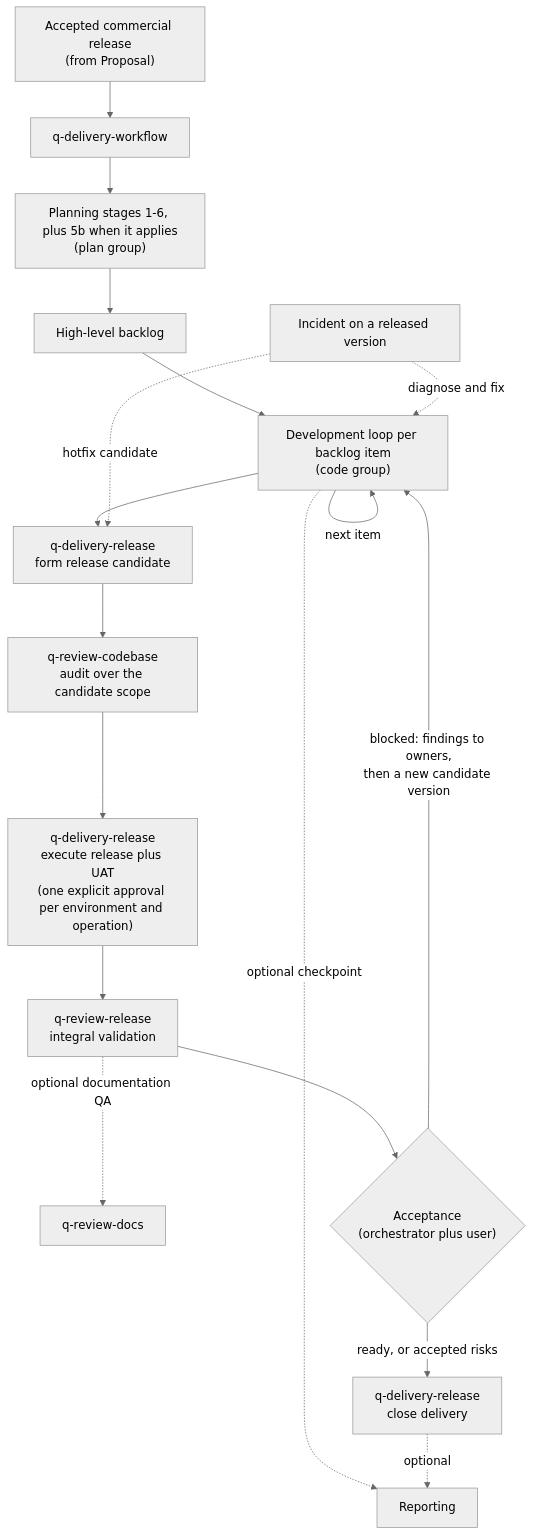
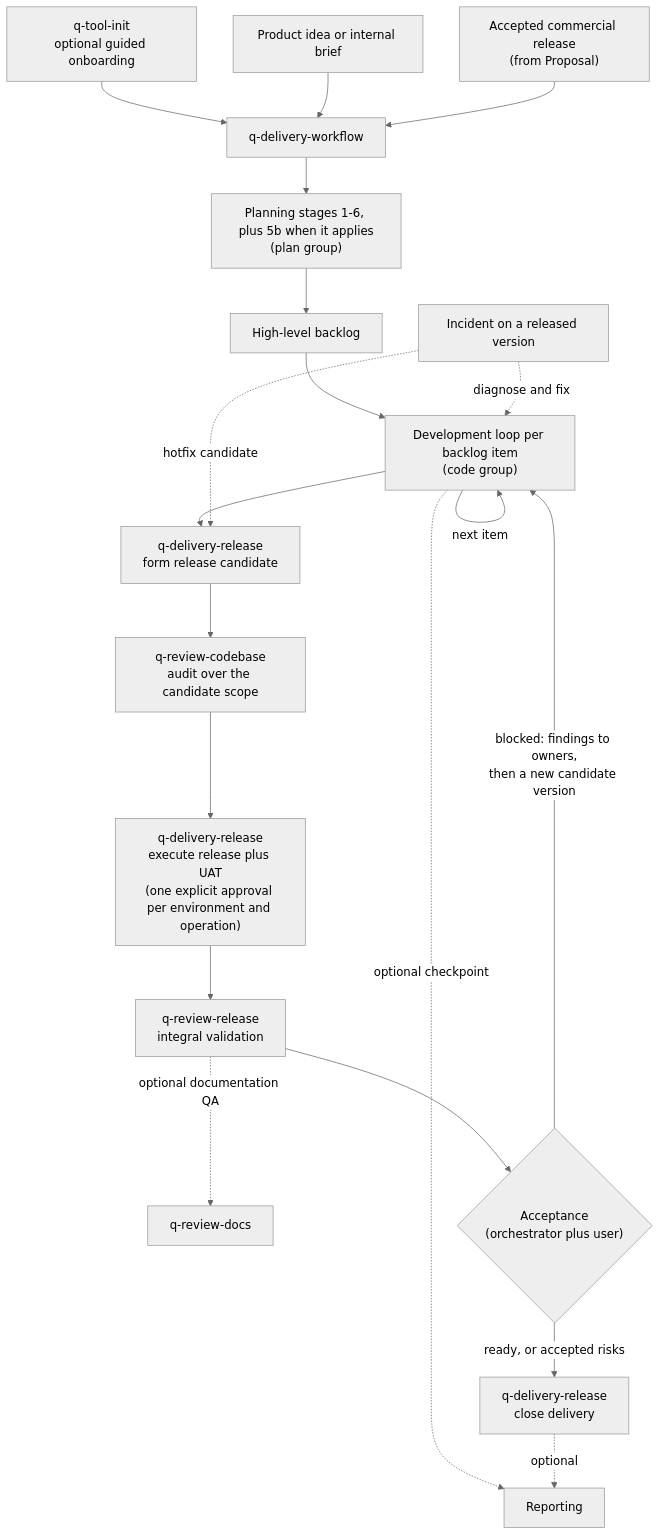
The diagram in skills/delivery/README.md (flaviogragnolati/ai-workflow), drawn with Mermaid (neutral theme) before and after one commit. The commit also changed other lines of this file and 72 other files, not shown here.

````diff
--- a/skills/delivery/README.md
+++ b/skills/delivery/README.md
@@ -9,20 +9,22 @@
 ```mermaid
 flowchart TB
+    INIT["q-tool-init<br/>optional guided onboarding"] --> W
+    IDEA["Product idea or internal brief"] --> W
     CR["Accepted commercial release<br/>(from Proposal)"] --> W["q-delivery-workflow"]
     W --> PL["Planning stages 1-6, plus 5b when it applies<br/>(plan group)"]
     PL --> B["High-level backlog"]
     B --> L["Development loop per backlog item<br/>(code group)"]
     L -->|"next item"| L
     L --> RC["q-delivery-release<br/>form release candidate"]
     RC --> AU["q-review-codebase<br/>audit over the candidate scope"]
     AU --> EX["q-delivery-release<br/>execute release plus UAT<br/>(one explicit approval per environment and operation)"]
     EX --> QA["q-review-release<br/>integral validation"]
     QA -. "optional documentation QA" .-> RD["q-review-docs"]
     QA --> DEC{"Acceptance<br/>(orchestrator plus user)"}
     DEC -->|"ready, or accepted risks"| DEL["q-delivery-release<br/>close delivery"]
     DEC -->|"blocked: findings to owners,<br/>then a new candidate version"| L
     INC["Incident on a released version"] -. "diagnose and fix" .-> L
     INC -. "hotfix candidate" .-> RC
     L -. "optional checkpoint" .-> R["Reporting"]
     DEL -. "optional" .-> R
 ```
````
